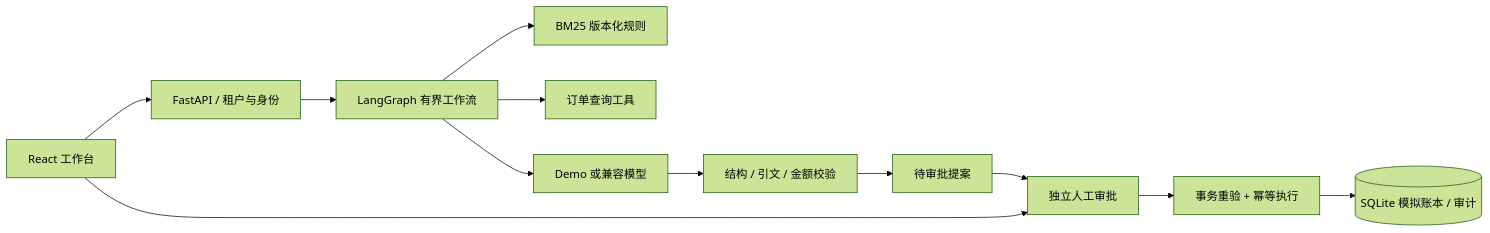
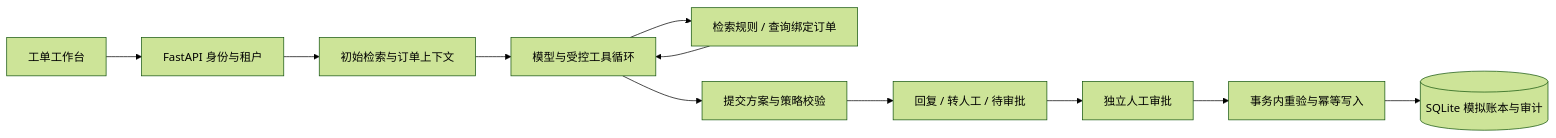
One commit to 1766421040-ux/casedesk-agent changed the diagram in README.md. Above: the diagram before and after it, drawn with Mermaid (forest theme). The commit also changed other lines of this file and 40 other files, not shown here.

````diff
--- a/README.md
+++ b/README.md
@@ -103,14 +76,13 @@
 ```mermaid
 flowchart LR
-  UI[React 工作台] --> API[FastAPI / 租户与身份]
-  API --> GRAPH[LangGraph 有界工作流]
-  GRAPH --> BM25[BM25 版本化规则]
-  GRAPH --> ORDER[订单查询工具]
-  GRAPH --> MODEL[Demo 或兼容模型]
-  MODEL --> GUARD[结构 / 引文 / 金额校验]
-  GUARD --> PROPOSAL[待审批提案]
-  UI --> REVIEW[独立人工审批]
-  PROPOSAL --> REVIEW
-  REVIEW --> TX[事务重验 + 幂等执行]
-  TX --> DB[(SQLite 模拟账本 / 审计)]
+    UI[工单工作台] --> API[FastAPI 身份与租户]
+    API --> CONTEXT[初始检索与订单上下文]
+    CONTEXT --> LOOP[模型与受控工具循环]
+    LOOP --> READ[检索规则 / 查询绑定订单]
+    READ --> LOOP
+    LOOP --> GUARD[提交方案与策略校验]
+    GUARD --> RESULT[回复 / 转人工 / 待审批]
+    RESULT --> REVIEW[独立人工审批]
+    REVIEW --> TX[事务内重验与幂等写入]
+    TX --> DB[(SQLite 模拟账本与审计)]
 ```
````
